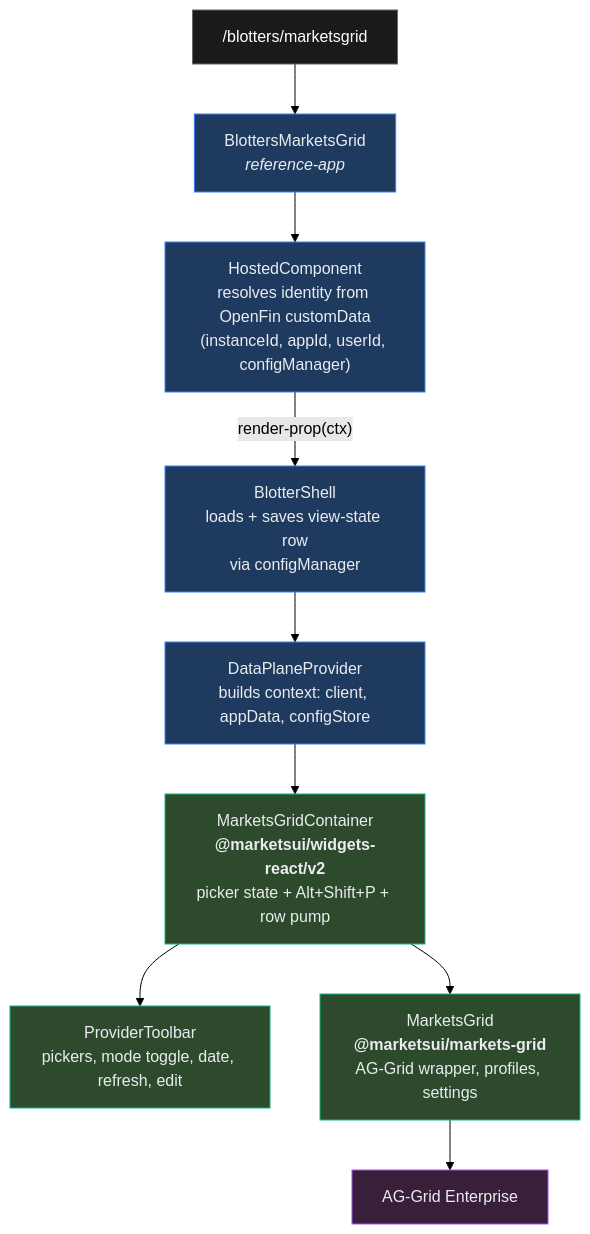
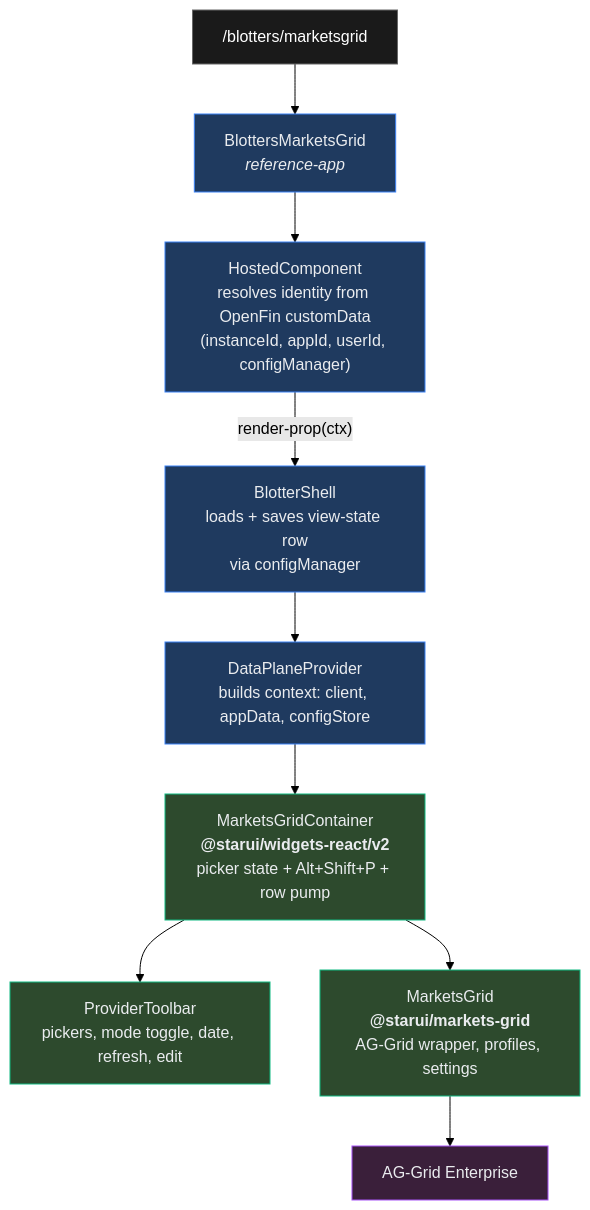
One commit to widgetstools/sternui changed the first of 3 diagrams in docs/DATA_PLANE_V2.md. Above: the diagram before and after it, drawn with Mermaid (forest theme). The commit also changed 1231 other files, not shown here.

First line of the commit message:
refactor: bucket packages by framework, rename @marketsui→@starui, normalize file names, prune dead code

````diff
--- a/docs/DATA_PLANE_V2.md
+++ b/docs/DATA_PLANE_V2.md
@@ -36,21 +36,21 @@
 ```mermaid
 flowchart TD
     Route["/blotters/marketsgrid"]:::route
     Route --> BMG["BlottersMarketsGrid<br/><i>reference-app</i>"]
     BMG --> HC["HostedComponent<br/>resolves identity from OpenFin customData<br/>(instanceId, appId, userId, configManager)"]
     HC -->|"render-prop(ctx)"| BS["BlotterShell<br/>loads + saves view-state row<br/>via configManager"]
     BS --> DPP["DataPlaneProvider<br/>builds context: client, appData, configStore"]
-    DPP --> MGC["MarketsGridContainer<br/><b>@marketsui/widgets-react/v2</b><br/>picker state + Alt+Shift+P + row pump"]
+    DPP --> MGC["MarketsGridContainer<br/><b>@starui/widgets-react/v2</b><br/>picker state + Alt+Shift+P + row pump"]
     MGC --> PT["ProviderToolbar<br/>pickers, mode toggle, date, refresh, edit"]
-    MGC --> MG["MarketsGrid<br/><b>@marketsui/markets-grid</b><br/>AG-Grid wrapper, profiles, settings"]
+    MGC --> MG["MarketsGrid<br/><b>@starui/markets-grid</b><br/>AG-Grid wrapper, profiles, settings"]
     MG --> AG["AG-Grid Enterprise"]
 
     classDef app fill:#1f3a5f,stroke:#3b82f6,color:#eaecef
     classDef pkg fill:#2d4a2d,stroke:#10b981,color:#eaecef
     classDef route fill:#1a1a1a,stroke:#666,color:#fff
     classDef extlib fill:#3a1f3a,stroke:#a855f7,color:#eaecef
 
     class BMG,BS,HC,DPP app
     class MGC,MG,PT pkg
     class AG extlib
 ```
````
